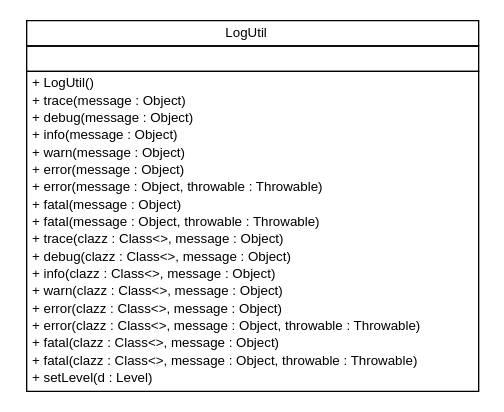
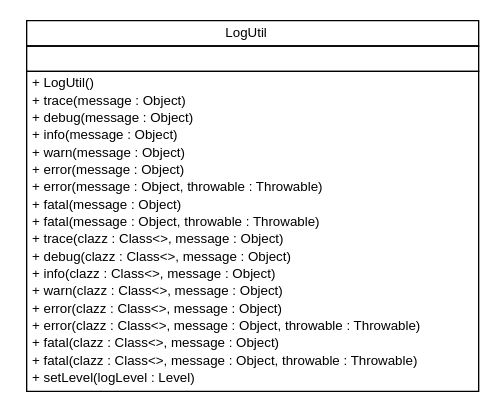
One commit to pcross616/lf-osc-proxy changed the diagram in apidocs/com/xley/lfosc/util/com.xley.lfosc.util.dot. Above: the diagram before and after it, drawn with Graphviz. The commit also changed 95 other files, not shown here.

```diff
--- a/apidocs/com/xley/lfosc/util/com.xley.lfosc.util.dot
+++ b/apidocs/com/xley/lfosc/util/com.xley.lfosc.util.dot
@@ -1,41 +1,41 @@
 #!/usr/local/bin/dot
 #
 # Class diagram 
 # Generated by UMLGraph version R5_6 (http://www.umlgraph.org/)
 #
 
 digraph G {
 	edge [fontname="Helvetica",fontsize=10,labelfontname="Helvetica",labelfontsize=10];
 	node [fontname="Helvetica",fontsize=10,shape=plaintext];
 	nodesep=0.25;
 	ranksep=0.5;
 	// com.xley.lfosc.util.LogUtil
-	c20 [label=<<table title="com.xley.lfosc.util.LogUtil" border="0" cellborder="1" cellspacing="0" cellpadding="2" port="p" href="./LogUtil.html">
+	c0 [label=<<table title="com.xley.lfosc.util.LogUtil" border="0" cellborder="1" cellspacing="0" cellpadding="2" port="p" href="./LogUtil.html">
 		<tr><td><table border="0" cellspacing="0" cellpadding="1">
 <tr><td align="center" balign="center"> LogUtil </td></tr>
 		</table></td></tr>
 		<tr><td><table border="0" cellspacing="0" cellpadding="1">
 <tr><td align="left" balign="left">  </td></tr>
 		</table></td></tr>
 		<tr><td><table border="0" cellspacing="0" cellpadding="1">
 <tr><td align="left" balign="left"> + LogUtil() </td></tr>
 <tr><td align="left" balign="left"> + trace(message : Object) </td></tr>
 <tr><td align="left" balign="left"> + debug(message : Object) </td></tr>
 <tr><td align="left" balign="left"> + info(message : Object) </td></tr>
 <tr><td align="left" balign="left"> + warn(message : Object) </td></tr>
 <tr><td align="left" balign="left"> + error(message : Object) </td></tr>
 <tr><td align="left" balign="left"> + error(message : Object, throwable : Throwable) </td></tr>
 <tr><td align="left" balign="left"> + fatal(message : Object) </td></tr>
 <tr><td align="left" balign="left"> + fatal(message : Object, throwable : Throwable) </td></tr>
 <tr><td align="left" balign="left"> + trace(clazz : Class&lt;&gt;, message : Object) </td></tr>
 <tr><td align="left" balign="left"> + debug(clazz : Class&lt;&gt;, message : Object) </td></tr>
 <tr><td align="left" balign="left"> + info(clazz : Class&lt;&gt;, message : Object) </td></tr>
 <tr><td align="left" balign="left"> + warn(clazz : Class&lt;&gt;, message : Object) </td></tr>
 <tr><td align="left" balign="left"> + error(clazz : Class&lt;&gt;, message : Object) </td></tr>
 <tr><td align="left" balign="left"> + error(clazz : Class&lt;&gt;, message : Object, throwable : Throwable) </td></tr>
 <tr><td align="left" balign="left"> + fatal(clazz : Class&lt;&gt;, message : Object) </td></tr>
 <tr><td align="left" balign="left"> + fatal(clazz : Class&lt;&gt;, message : Object, throwable : Throwable) </td></tr>
-<tr><td align="left" balign="left"> + setLevel(d : Level) </td></tr>
+<tr><td align="left" balign="left"> + setLevel(logLevel : Level) </td></tr>
 		</table></td></tr>
 		</table>>, URL="./LogUtil.html", fontname="Helvetica", fontcolor="black", fontsize=10.0];
 }
```
